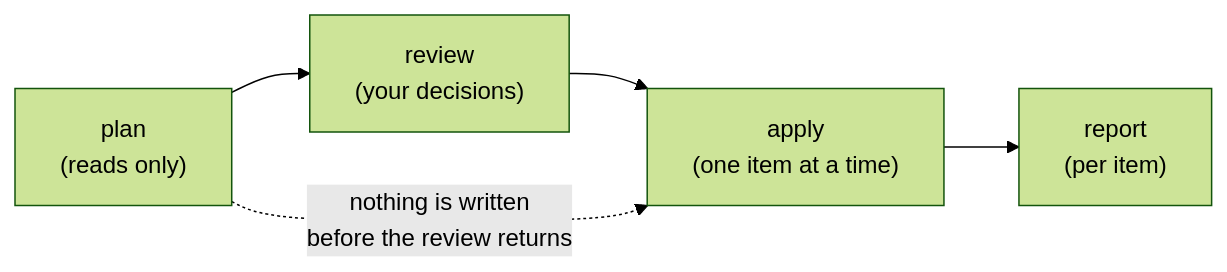
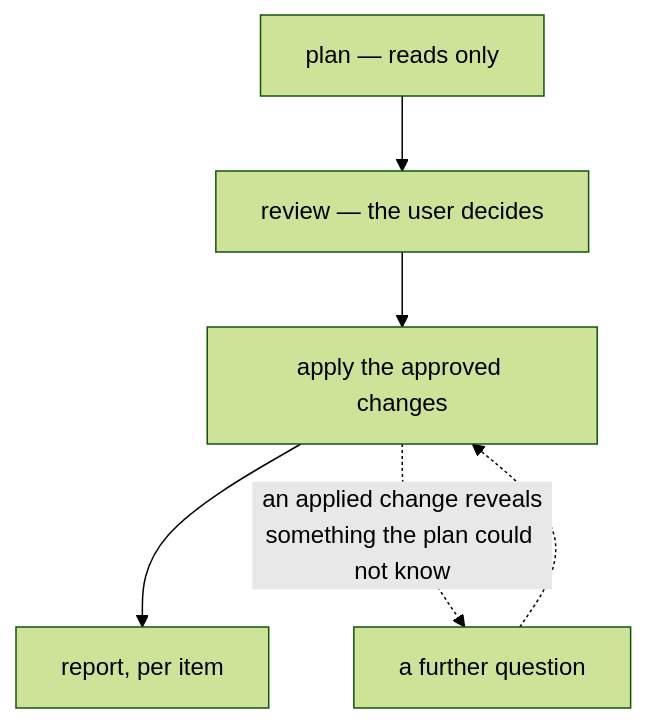
Before and after one commit to flaksit/pc-switcher: the first of 2 diagrams in docs/planning/package-sync-user-requirements.md, drawn with Mermaid (forest theme). The commit also changed other lines of this file and 2 other files, not shown here.

First line of the commit message:
docs(packages): the review's own words, in both requirement documents

````diff
--- a/docs/planning/package-sync-user-requirements.md
+++ b/docs/planning/package-sync-user-requirements.md
@@ -64,7 +70,8 @@
 ```mermaid
-flowchart LR
-    A["plan<br/>(reads only)"] --> B["review<br/>(your decisions)"]
-    B --> C["apply<br/>(one item at a time)"]
-    C --> D["report<br/>(per item)"]
-    A -.->|"nothing is written<br/>before the review returns"| C
+flowchart TD
+    A["plan — reads only"] --> B["review — the user decides"]
+    B --> C["apply the approved changes"]
+    C --> D["report, per item"]
+    C -.->|"an applied change reveals<br/>something the plan could not know"| E["a further question"]
+    E -.-> C
 ```
````
